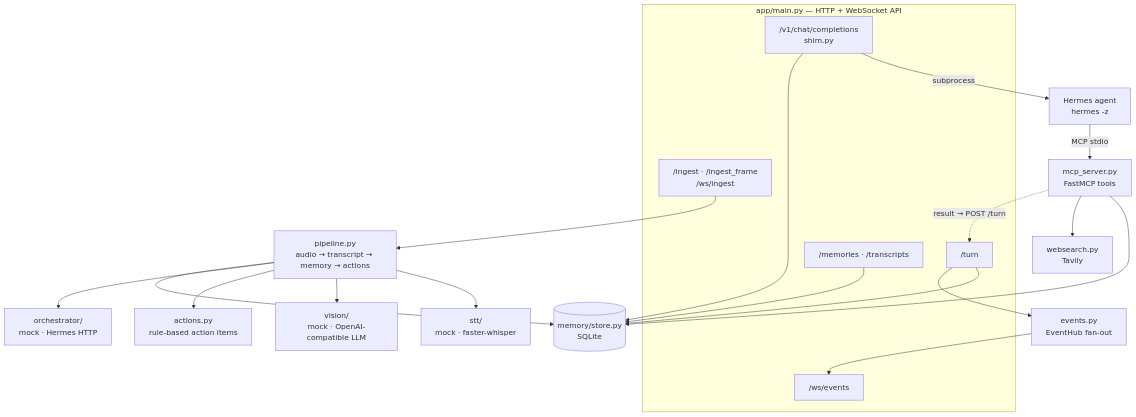
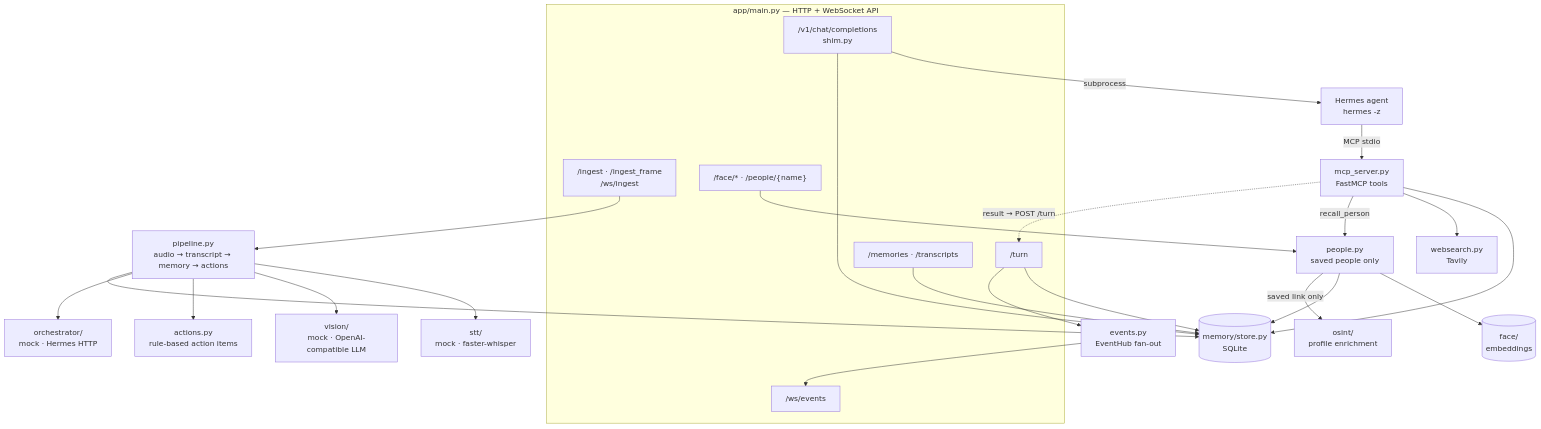
Before and after one commit to CTAGRAM/aiglass: the diagram in backend/README.md, drawn with Mermaid. The commit also changed other lines of this file and 71 other files, not shown here.

First line of the commit message:
People memory: remember saved people and recall who they are

````diff
--- a/backend/README.md
+++ b/backend/README.md
@@ -8,38 +9,47 @@
 ```mermaid
 flowchart TB
     subgraph API["app/main.py — HTTP + WebSocket API"]
         CC["/v1/chat/completions<br/>shim.py"]
         TURN["/turn"]
         ING["/ingest · /ingest_frame<br/>/ws/ingest"]
         READ["/memories · /transcripts"]
         EV["/ws/events"]
+        FACE["/face/* · /people/{name}"]
     end
 
     PIPE["pipeline.py<br/>audio → transcript → memory → actions"]
     STT["stt/<br/>mock · faster-whisper"]
     VIS["vision/<br/>mock · OpenAI-compatible LLM"]
     ACT["actions.py<br/>rule-based action items"]
     ORCH["orchestrator/<br/>mock · Hermes HTTP"]
     MEM[("memory/store.py<br/>SQLite")]
     HUB["events.py<br/>EventHub fan-out"]
     MCPS["mcp_server.py<br/>FastMCP tools"]
     WEB["websearch.py<br/>Tavily"]
     HERMES["Hermes agent<br/>hermes -z"]
+    PPL["people.py<br/>saved people only"]
+    FST[("face/<br/>embeddings")]
+    ENR["osint/<br/>profile enrichment"]
 
     ING --> PIPE
     PIPE --> STT
     PIPE --> VIS
     PIPE --> ACT
     PIPE --> ORCH
     PIPE --> MEM
     CC -- "subprocess" --> HERMES
     CC --> MEM
     TURN --> MEM
     TURN --> HUB
     READ --> MEM
     HUB --> EV
     HERMES -- "MCP stdio" --> MCPS
     MCPS --> MEM
     MCPS --> WEB
     MCPS -. "result → POST /turn" .-> TURN
+    FACE --> PPL
+    MCPS -- "recall_person" --> PPL
+    PPL --> FST
+    PPL --> MEM
+    PPL -- "saved link only" --> ENR
 ```
````
